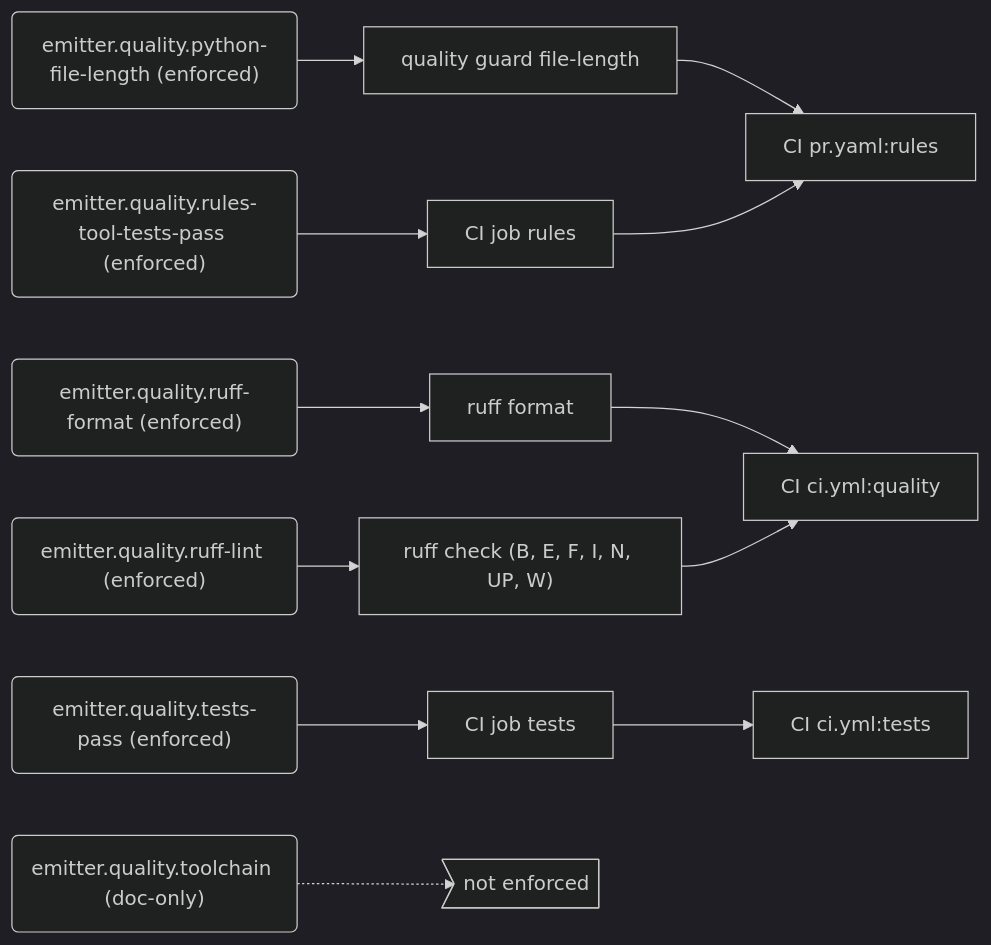
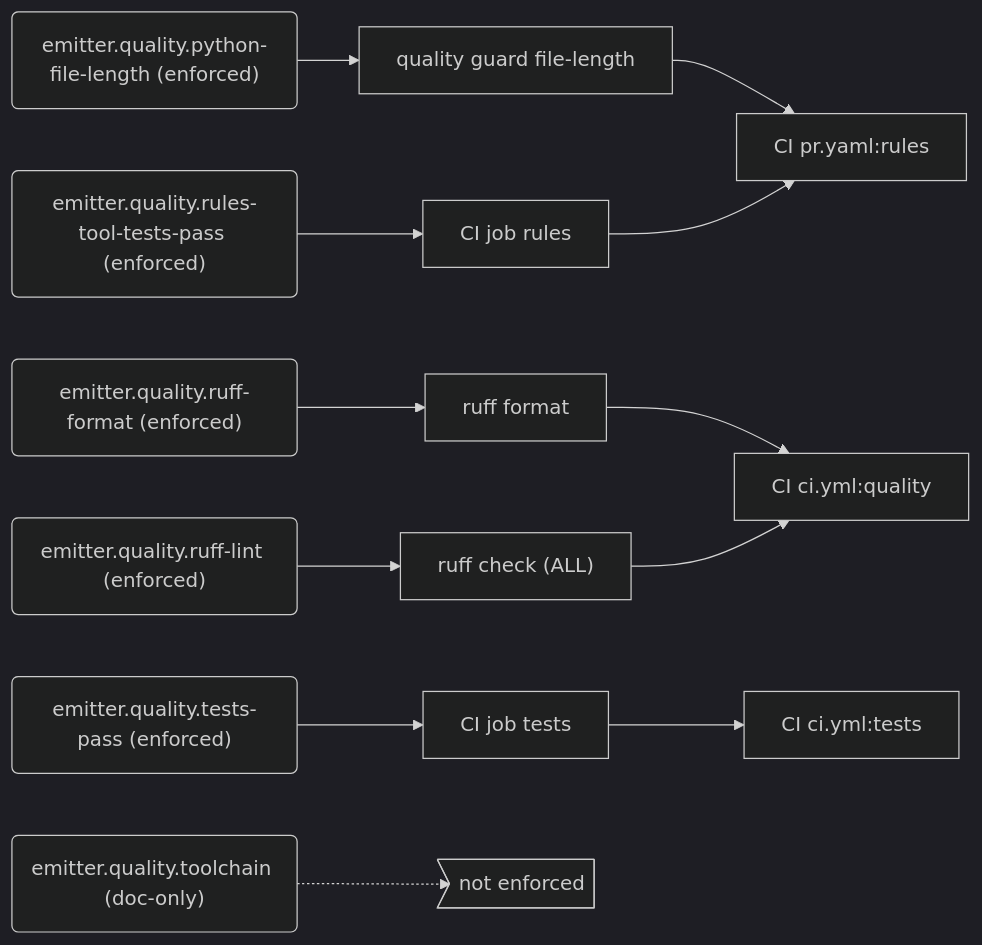
One commit to PolicyEngine/local-services changed the sixth of 9 diagrams in docs/generated/rules.md. Above: the diagram before and after it, drawn with Mermaid (dark theme). The commit also changed other lines of this file and 3 other files, not shown here.

````diff
--- a/docs/generated/rules.md
+++ b/docs/generated/rules.md
@@ -237,29 +237,29 @@
 ```mermaid
 flowchart LR
   r_emitter_quality_python_file_length("emitter.quality.python-file-length (enforced)")
   e_quality_guard_file_length["quality guard file-length"]
   j_CI_pr_yaml_rules["CI pr.yaml:rules"]
   r_emitter_quality_ruff_format("emitter.quality.ruff-format (enforced)")
   e_ruff_format["ruff format"]
   j_CI_ci_yml_quality["CI ci.yml:quality"]
   r_emitter_quality_ruff_lint("emitter.quality.ruff-lint (enforced)")
-  e_ruff_check__B__E__F__I__N__UP__W_["ruff check (B, E, F, I, N, UP, W)"]
+  e_ruff_check__ALL_["ruff check (ALL)"]
   r_emitter_quality_rules_tool_tests_pass("emitter.quality.rules-tool-tests-pass (enforced)")
   e_CI_job_rules["CI job rules"]
   r_emitter_quality_tests_pass("emitter.quality.tests-pass (enforced)")
   e_CI_job_tests["CI job tests"]
   j_CI_ci_yml_tests["CI ci.yml:tests"]
   r_emitter_quality_toolchain("emitter.quality.toolchain (doc-only)")
   gap_unenforced>"not enforced"]
   r_emitter_quality_python_file_length --> e_quality_guard_file_length
   e_quality_guard_file_length --> j_CI_pr_yaml_rules
   r_emitter_quality_ruff_format --> e_ruff_format
   e_ruff_format --> j_CI_ci_yml_quality
-  r_emitter_quality_ruff_lint --> e_ruff_check__B__E__F__I__N__UP__W_
-  e_ruff_check__B__E__F__I__N__UP__W_ --> j_CI_ci_yml_quality
+  r_emitter_quality_ruff_lint --> e_ruff_check__ALL_
+  e_ruff_check__ALL_ --> j_CI_ci_yml_quality
   r_emitter_quality_rules_tool_tests_pass --> e_CI_job_rules
   e_CI_job_rules --> j_CI_pr_yaml_rules
   r_emitter_quality_tests_pass --> e_CI_job_tests
   e_CI_job_tests --> j_CI_ci_yml_tests
   r_emitter_quality_toolchain -.-> gap_unenforced
 ```
````
